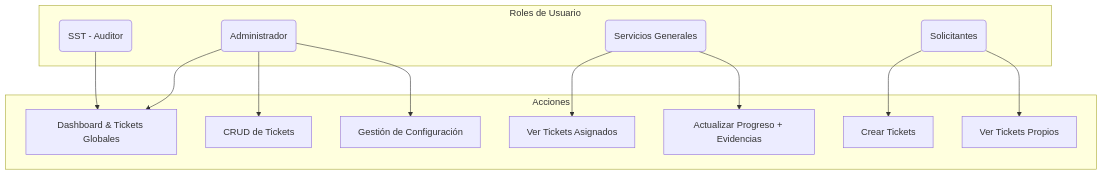
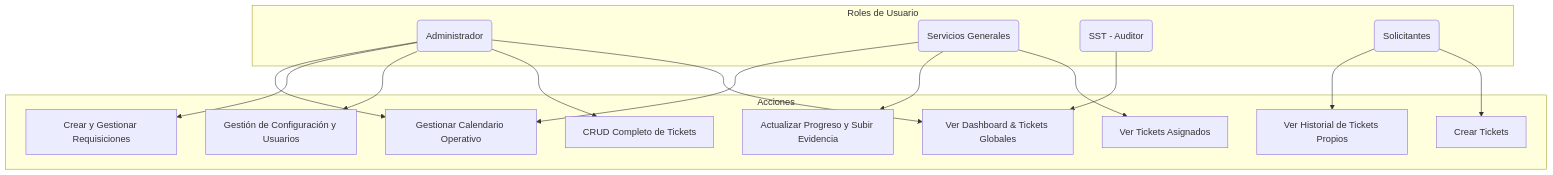
One commit to JMontes1986/GemelliFix changed the first of 3 diagrams in README.md. Above: the diagram before and after it, drawn with Mermaid. The commit also changed other lines of this file, not shown here.

````diff
--- a/README.md
+++ b/README.md
@@ -30,24 +31,26 @@
 ```mermaid
 graph TD
     subgraph "Roles de Usuario"
         A(Administrador)
         B(Servicios Generales)
         C(SST - Auditor)
         D(Solicitantes)
     end
 
     subgraph "Acciones"
-        Accion1[Dashboard & Tickets Globales]
-        Accion2[CRUD de Tickets]
-        Accion3[Gestión de Configuración]
+        Accion1[Ver Dashboard & Tickets Globales]
+        Accion2[CRUD Completo de Tickets]
+        Accion3[Gestión de Configuración y Usuarios]
         Accion4[Ver Tickets Asignados]
-        Accion5[Actualizar Progreso + Evidencias]
+        Accion5[Actualizar Progreso y Subir Evidencia]
         Accion6[Crear Tickets]
-        Accion7[Ver Tickets Propios]
+        Accion7[Ver Historial de Tickets Propios]
+        Accion8[Crear y Gestionar Requisiciones]
+        Accion9[Gestionar Calendario Operativo]
     end
 
-    A --> Accion1 & Accion2 & Accion3
-    B --> Accion4 & Accion5
+    A --> Accion1 & Accion2 & Accion3 & Accion8 & Accion9
+    B --> Accion4 & Accion5 & Accion9
     C --> Accion1
     D --> Accion6 & Accion7
 ```
````
